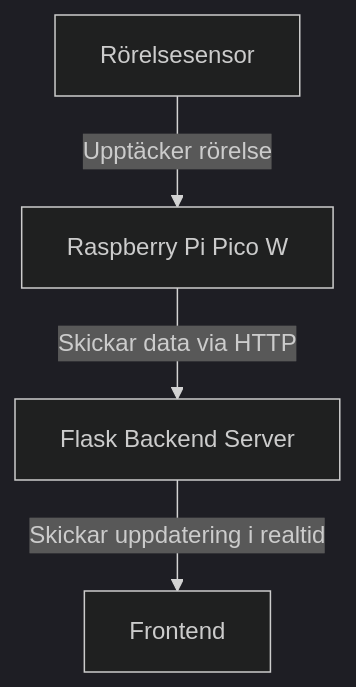
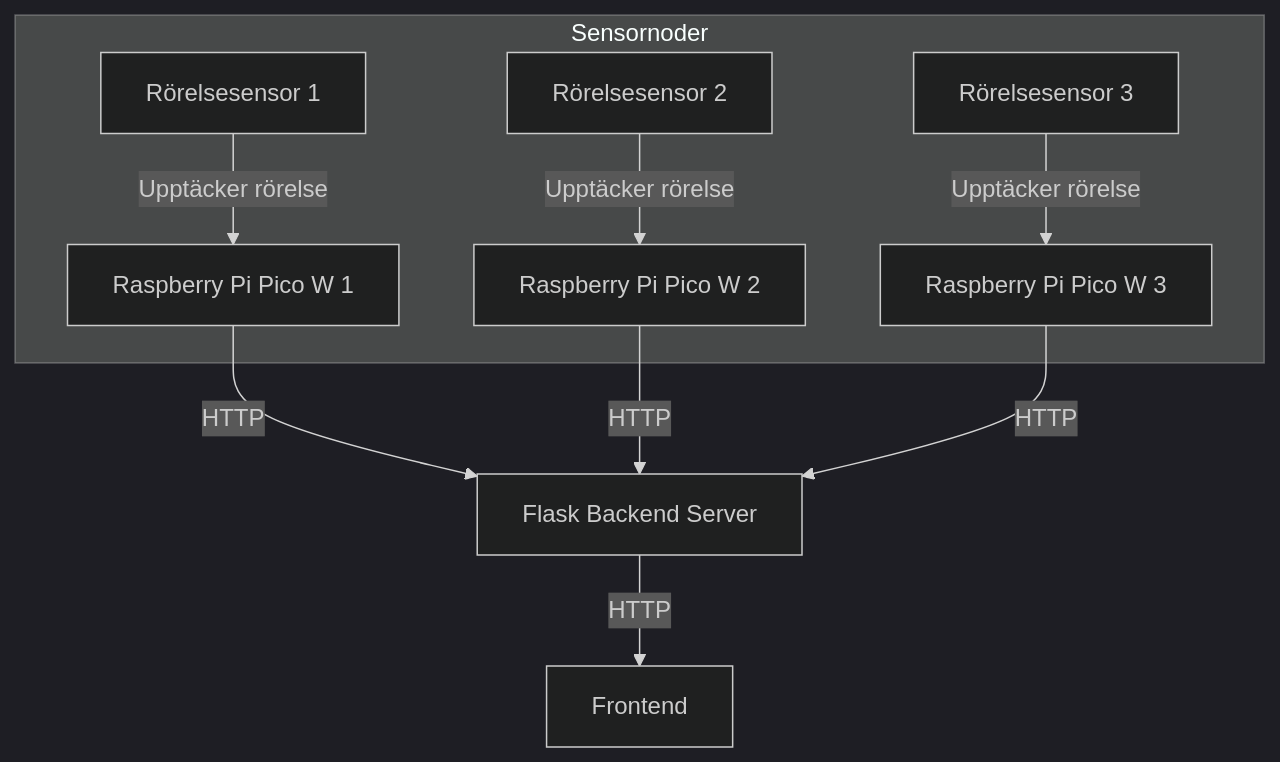
Before and after one commit to PhilipSamuelsson/hemlarm: the diagram in README.md, drawn with Mermaid (dark theme).

````diff
--- a/README.md
+++ b/README.md
@@ -1,6 +1,14 @@
 ```mermaid
 graph TD;
-    PIR["Rörelsesensor"] -->|"Upptäcker rörelse"| Pico["Raspberry Pi Pico W"];
-    Pico -->|"Skickar data via HTTP"| Flask["Flask Backend Server"];
-    Flask -->|"Skickar uppdatering i realtid"| Frontend["Frontend"];
+    subgraph Sensornoder
+        PIR1["Rörelsesensor 1"] -->|"Upptäcker rörelse"| Pico1["Raspberry Pi Pico W 1"];
+        PIR2["Rörelsesensor 2"] -->|"Upptäcker rörelse"| Pico2["Raspberry Pi Pico W 2"];
+        PIR3["Rörelsesensor 3"] -->|"Upptäcker rörelse"| Pico3["Raspberry Pi Pico W 3"];
+    end
+    
+    Pico1 -->|"HTTP"| Flask["Flask Backend Server"];
+    Pico2 -->|"HTTP"| Flask;
+    Pico3 -->|"HTTP"| Flask;
+    
+    Flask -->|"HTTP"| Frontend["Frontend"];
 ```
````
